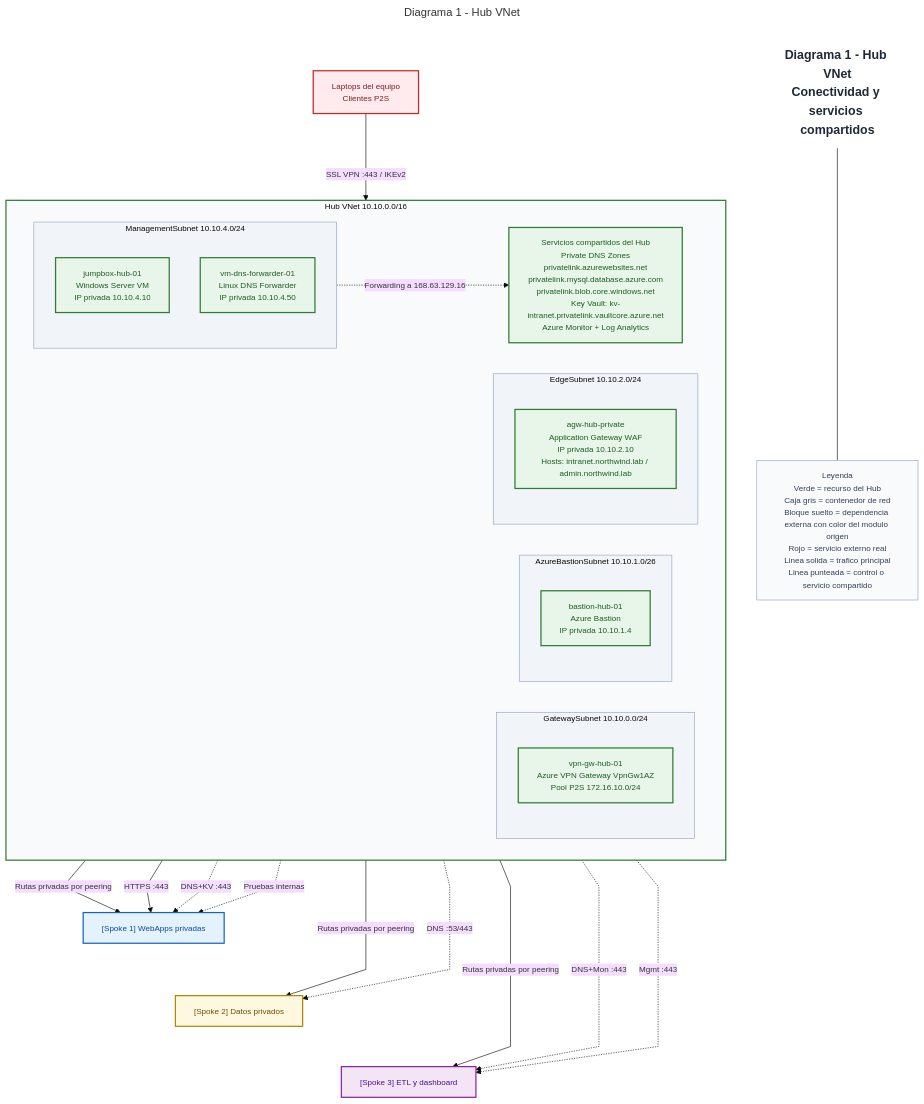
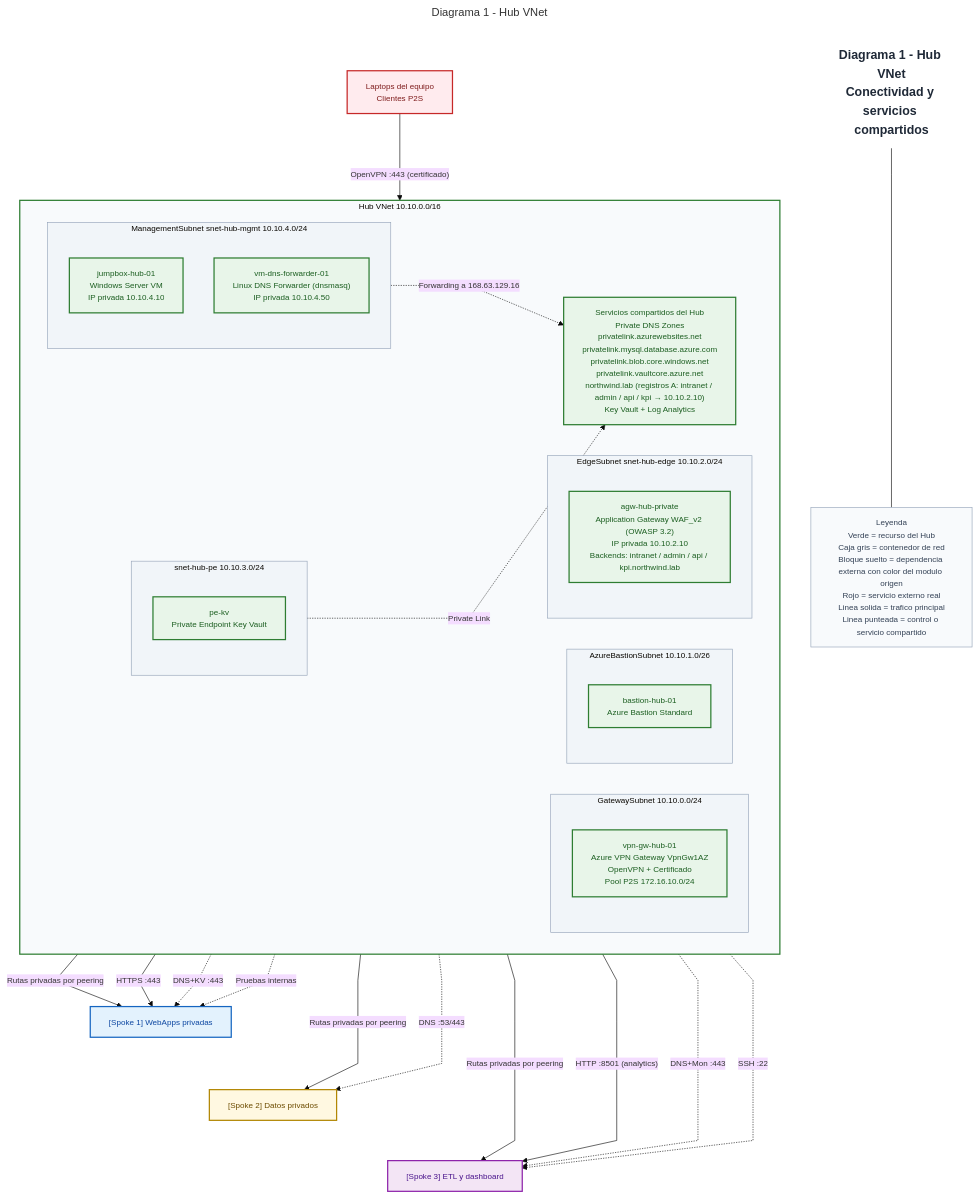
The diagram in docs/arquitectura/hub-vnet-detalle.mmd (Eickyair/azure-hubspoke-private-intranet), drawn with Mermaid before and after one commit. The commit also changed 5 other files, not shown here.

Commit message:
diagramas

```diff
--- a/docs/arquitectura/hub-vnet-detalle.mmd
+++ b/docs/arquitectura/hub-vnet-detalle.mmd
@@ -1,68 +1,76 @@
 ---
 title: Diagrama 1 - Hub VNet
 ---
 %%{init: {"theme": "base", "flowchart": {"curve": "linear", "nodeSpacing": 50, "rankSpacing": 65}, "themeVariables": {"fontFamily": "Trebuchet MS", "fontSize": "13px"}} }%%
 flowchart TB
     title["Diagrama 1 - Hub VNet<br/>Conectividad y servicios compartidos"]:::title
     legend["Leyenda<br/>Verde = recurso del Hub<br/>Caja gris = contenedor de red<br/>Bloque suelto = dependencia externa con color del modulo origen<br/>Rojo = servicio externo real<br/>Linea solida = trafico principal<br/>Linea punteada = control o servicio compartido"]:::legend
     title --- legend
 
     subgraph hubvnet["Hub VNet 10.10.0.0/16"]
         direction LR
         subgraph gwsubnet["GatewaySubnet 10.10.0.0/24"]
             direction TB
-            vpn["vpn-gw-hub-01<br/>Azure VPN Gateway VpnGw1AZ<br/>Pool P2S 172.16.10.0/24"]:::hub
+            vpn["vpn-gw-hub-01<br/>Azure VPN Gateway VpnGw1AZ<br/>OpenVPN + Certificado<br/>Pool P2S 172.16.10.0/24"]:::hub
         end
 
         subgraph bastionsubnet["AzureBastionSubnet 10.10.1.0/26"]
             direction TB
-            bastion["bastion-hub-01<br/>Azure Bastion<br/>IP privada 10.10.1.4"]:::hub
+            bastion["bastion-hub-01<br/>Azure Bastion Standard"]:::hub
         end
 
-        subgraph edgesubnet["EdgeSubnet 10.10.2.0/24"]
+        subgraph edgesubnet["EdgeSubnet snet-hub-edge 10.10.2.0/24"]
             direction TB
-            agw["agw-hub-private<br/>Application Gateway WAF<br/>IP privada 10.10.2.10<br/>Hosts: intranet.northwind.lab / admin.northwind.lab"]:::hub
+            agw["agw-hub-private<br/>Application Gateway WAF_v2 (OWASP 3.2)<br/>IP privada 10.10.2.10<br/>Backends: intranet / admin / api / kpi.northwind.lab"]:::hub
         end
 
-        subgraph mgmtsubnet["ManagementSubnet 10.10.4.0/24"]
+        subgraph pesubnet["snet-hub-pe 10.10.3.0/24"]
+            direction TB
+            kvpe["pe-kv<br/>Private Endpoint Key Vault"]:::hub
+        end
+
+        subgraph mgmtsubnet["ManagementSubnet snet-hub-mgmt 10.10.4.0/24"]
             direction TB
             jumpbox["jumpbox-hub-01<br/>Windows Server VM<br/>IP privada 10.10.4.10"]:::hub
-            dnsforwarder["vm-dns-forwarder-01<br/>Linux DNS Forwarder<br/>IP privada 10.10.4.50"]:::hub
+            dnsforwarder["vm-dns-forwarder-01<br/>Linux DNS Forwarder (dnsmasq)<br/>IP privada 10.10.4.50"]:::hub
         end
 
-        shared["Servicios compartidos del Hub<br/>Private DNS Zones<br/>privatelink.azurewebsites.net<br/>privatelink.mysql.database.azure.com<br/>privatelink.blob.core.windows.net<br/>Key Vault: kv-intranet.privatelink.vaultcore.azure.net<br/>Azure Monitor + Log Analytics"]:::hub
+        shared["Servicios compartidos del Hub<br/>Private DNS Zones<br/>privatelink.azurewebsites.net<br/>privatelink.mysql.database.azure.com<br/>privatelink.blob.core.windows.net<br/>privatelink.vaultcore.azure.net<br/>northwind.lab (registros A: intranet / admin / api / kpi → 10.10.2.10)<br/>Key Vault + Log Analytics"]:::hub
     end
 
     laptops["Laptops del equipo<br/>Clientes P2S"]:::external
     spoke1["[Spoke 1] WebApps privadas"]:::app
     spoke2["[Spoke 2] Datos privados"]:::data
     spoke3["[Spoke 3] ETL y dashboard"]:::analytics
 
-    laptops -->|"SSL VPN :443 / IKEv2"| vpn
+    laptops -->|"OpenVPN :443 (certificado)"| vpn
     vpn -->|"Rutas privadas por peering"| spoke1
     vpn -->|"Rutas privadas por peering"| spoke2
     vpn -->|"Rutas privadas por peering"| spoke3
     agw -->|"HTTPS :443"| spoke1
+    agw -->|"HTTP :8501 (analytics)"| spoke3
     shared -.->|"DNS+KV :443"| spoke1
     shared -.->|"DNS :53/443"| spoke2
     shared -.->|"DNS+Mon :443"| spoke3
-    bastion -.->|"Mgmt :443"| spoke3
+    kvpe -.->|"Private Link"| shared
+    bastion -.->|"SSH :22"| spoke3
     jumpbox -.->|"Pruebas internas"| spoke1
     dnsforwarder -.->|"Forwarding a 168.63.129.16"| shared
 
     spoke1 ~~~ spoke2
     spoke2 ~~~ spoke3
 
     style hubvnet fill:#f8fafc,stroke:#2e7d32,stroke-width:2px;
     style gwsubnet fill:#f1f5f9,stroke:#94a3b8,stroke-width:1px;
     style bastionsubnet fill:#f1f5f9,stroke:#94a3b8,stroke-width:1px;
     style edgesubnet fill:#f1f5f9,stroke:#94a3b8,stroke-width:1px;
+    style pesubnet fill:#f1f5f9,stroke:#94a3b8,stroke-width:1px;
     style mgmtsubnet fill:#f1f5f9,stroke:#94a3b8,stroke-width:1px;
 
     classDef title fill:#ffffff,stroke:#ffffff,color:#1f2937,font-size:20px,font-weight:bold;
     classDef legend fill:#f8fafc,stroke:#94a3b8,color:#334155;
     classDef hub fill:#e8f5e9,stroke:#2e7d32,color:#1b5e20,stroke-width:2px;
     classDef app fill:#e3f2fd,stroke:#1565c0,color:#0d47a1,stroke-width:2px;
     classDef data fill:#fff8e1,stroke:#b28704,color:#6d4c00,stroke-width:2px;
     classDef analytics fill:#f3e5f5,stroke:#8e24aa,color:#4a148c,stroke-width:2px;
     classDef external fill:#ffebee,stroke:#c62828,color:#7f1d1d,stroke-width:2px;
```
